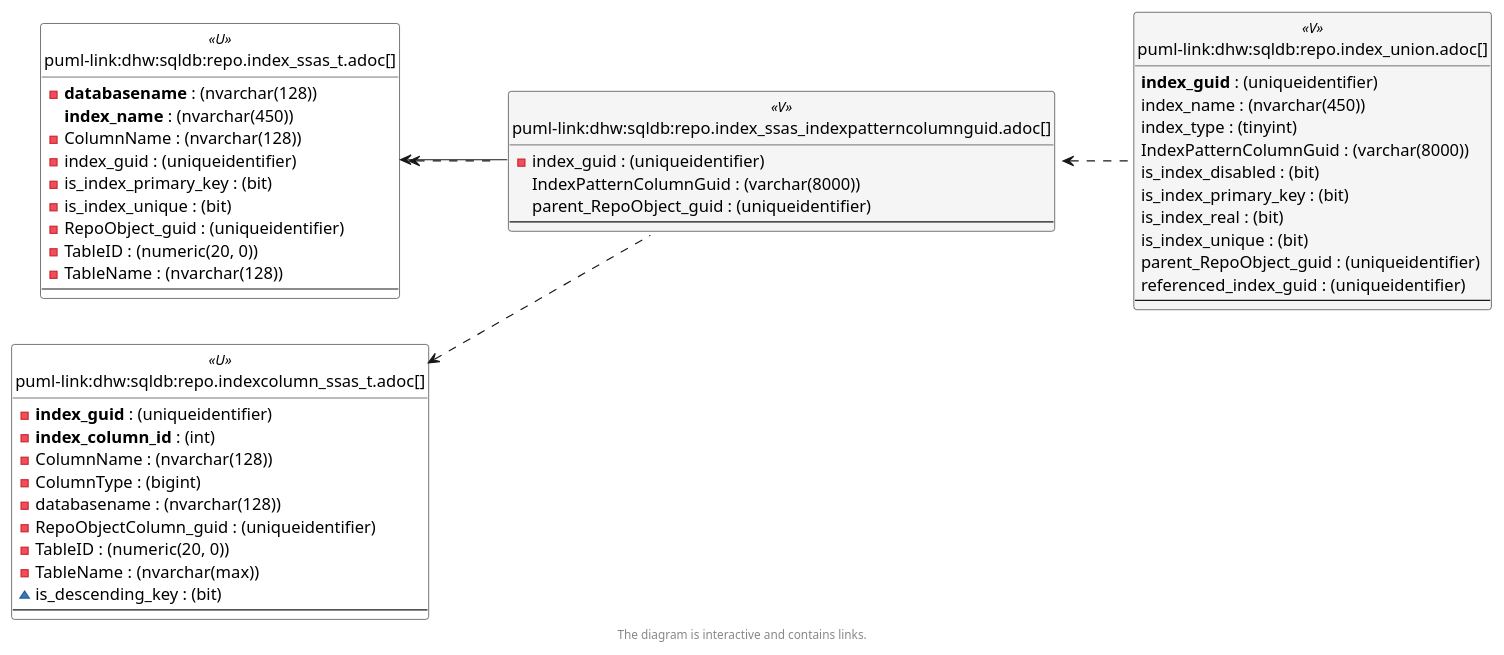
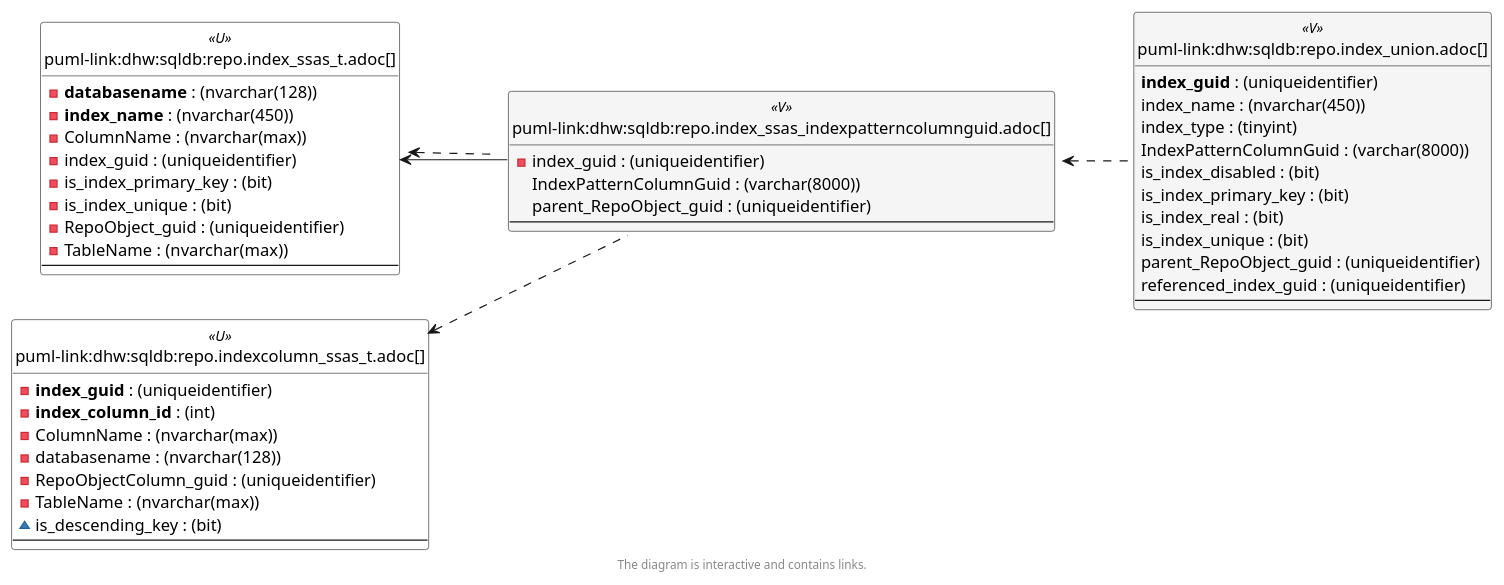
The sixth of 6 diagrams in docs/modules/sqldb/partials/content/repo.index_ssas_indexpatterncolumnguid.adoc (DataHandwerk/dhw-antora-sqldb), drawn with PlantUML before and after one commit. The commit also changed other lines of this file and 641 other files, not shown here.

```diff
--- a/docs/modules/sqldb/partials/content/repo.index_ssas_indexpatterncolumnguid.adoc
+++ b/docs/modules/sqldb/partials/content/repo.index_ssas_indexpatterncolumnguid.adoc
@@ -1181,14 +1181,13 @@
 
 entity "puml-link:dhw:sqldb:repo.index_ssas_t.adoc[]" as repo.Index_ssas_T << U >> {
   - **databasename** : (nvarchar(128))
-  **index_name** : (nvarchar(450))
-  - ColumnName : (nvarchar(128))
+  - **index_name** : (nvarchar(450))
+  - ColumnName : (nvarchar(max))
   - index_guid : (uniqueidentifier)
   - is_index_primary_key : (bit)
   - is_index_unique : (bit)
   - RepoObject_guid : (uniqueidentifier)
-  - TableID : (numeric(20, 0))
-  - TableName : (nvarchar(128))
+  - TableName : (nvarchar(max))
   --
 }
 
@@ -1209,11 +1208,9 @@
 entity "puml-link:dhw:sqldb:repo.indexcolumn_ssas_t.adoc[]" as repo.IndexColumn_ssas_T << U >> {
   - **index_guid** : (uniqueidentifier)
   - **index_column_id** : (int)
-  - ColumnName : (nvarchar(128))
-  - ColumnType : (bigint)
+  - ColumnName : (nvarchar(max))
   - databasename : (nvarchar(128))
   - RepoObjectColumn_guid : (uniqueidentifier)
-  - TableID : (numeric(20, 0))
   - TableName : (nvarchar(max))
   ~ is_descending_key : (bit)
   --
```
